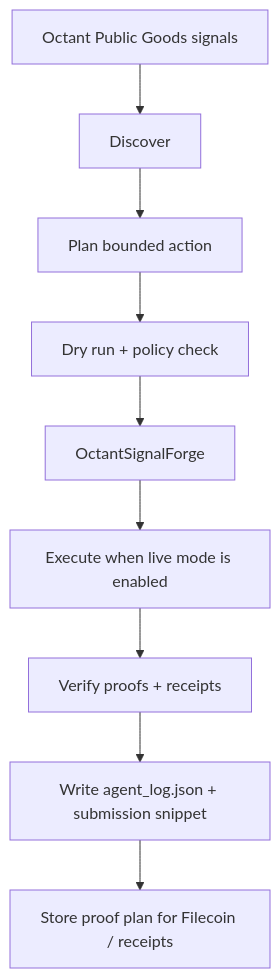
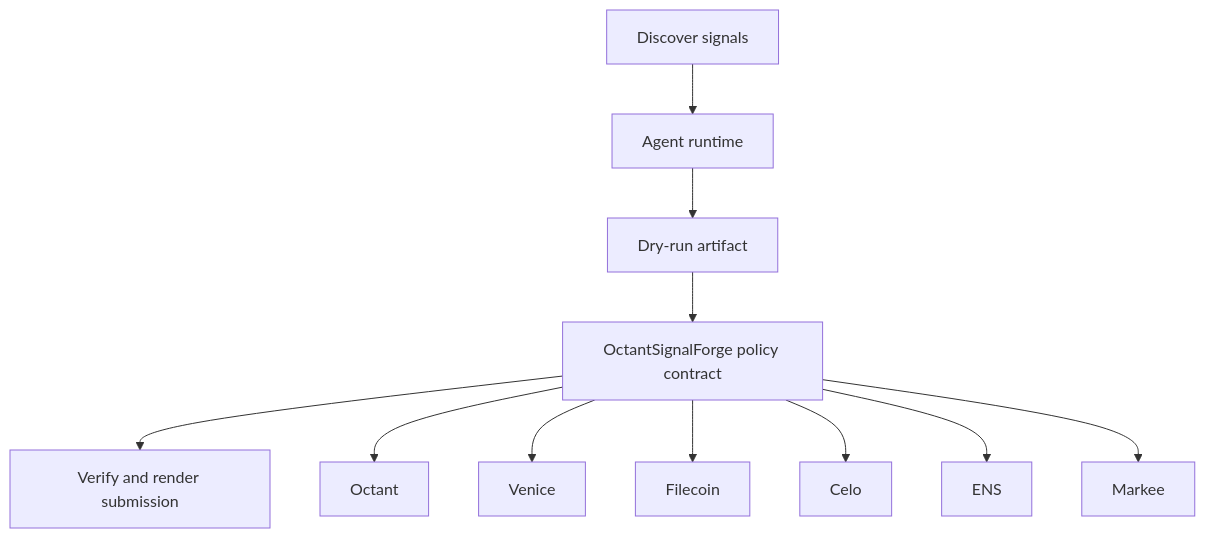
Before and after one commit to CrystallineButterfly/Synthesis-Octant: the diagram in docs/architecture.mmd, drawn with Mermaid. The commit also changed 998 other files, not shown here.

Commit message:
Implement bounded agent runtime

```diff
--- a/docs/architecture.mmd
+++ b/docs/architecture.mmd
@@ -1,9 +1,13 @@
 flowchart TD
-    Signals[Octant Public Goods signals] --> Discover[Discover]
-    Discover --> Plan[Plan bounded action]
-    Plan --> DryRun[Dry run + policy check]
-    DryRun --> Guard[OctantSignalForge]
-    Guard --> Execute[Execute when live mode is enabled]
-    Execute --> Verify[Verify proofs + receipts]
-    Verify --> Persist[Write agent_log.json + submission snippet]
-    Persist --> Storage[Store proof plan for Filecoin / receipts]
+    Signals[Discover signals]
+    Planner[Agent runtime]
+    DryRun[Dry-run artifact]
+    Contract[OctantSignalForge policy contract]
+    Verify[Verify and render submission]
+    Signals --> Planner --> DryRun --> Contract --> Verify
+    Contract --> octant[Octant]
+    Contract --> venice[Venice]
+    Contract --> filecoin[Filecoin]
+    Contract --> celo[Celo]
+    Contract --> ens[ENS]
+    Contract --> markee[Markee]
```
